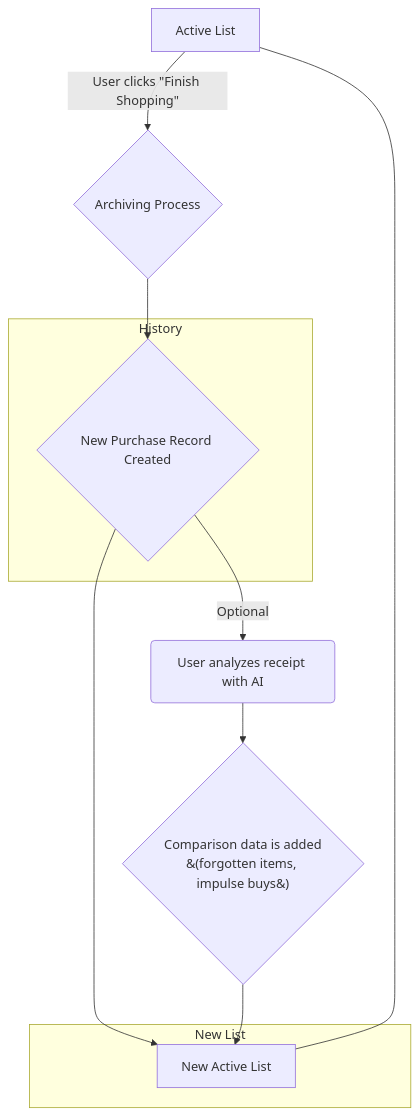
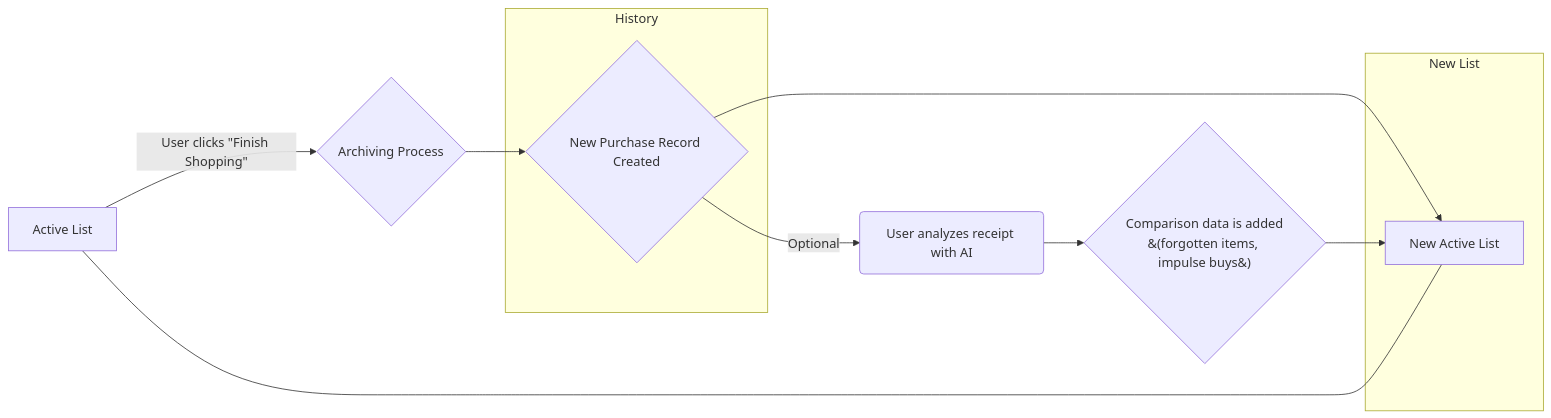
One commit to ecabanas/joaquin-webapp changed the first of 2 diagrams in src/README.md. Above: the diagram before and after it, drawn with Mermaid.

Commit message:
Made mermaid diagram LR (left to right)

````diff
--- a/src/README.md
+++ b/src/README.md
@@ -17,16 +17,16 @@
 ```mermaid
-flowchart TD
+flowchart LR
     A[Active List] -->|User clicks &quot;Finish Shopping&quot;| B{Archiving Process};
     B --> C{New Purchase Record Created};
     subgraph History
         C;
     end
     C -->|Optional| D(User analyzes receipt with AI);
     D --> E{Comparison data is added<br/>&#40;forgotten items, impulse buys&#41;};
     C --> F[New Active List];
     E --> F;
     subgraph New List
         F;
     end
     A --- F;
 ```
````
